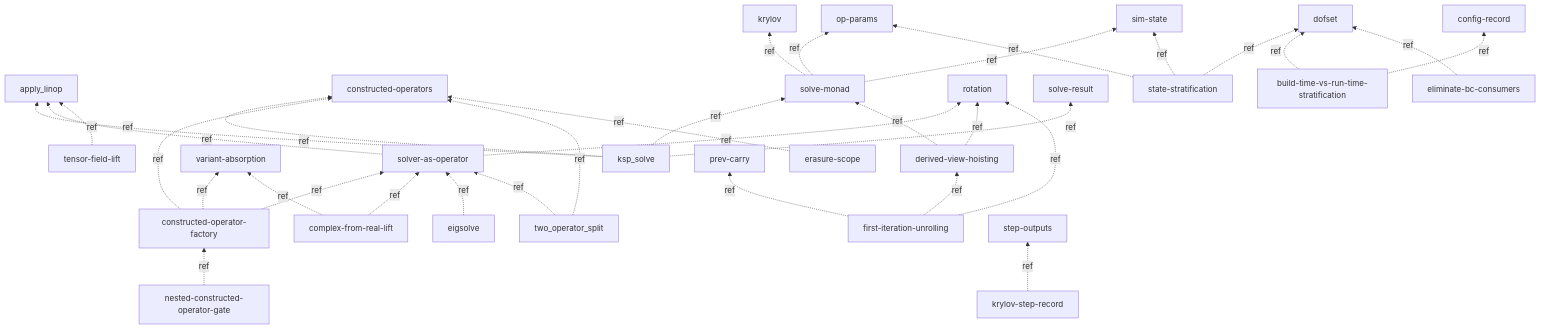
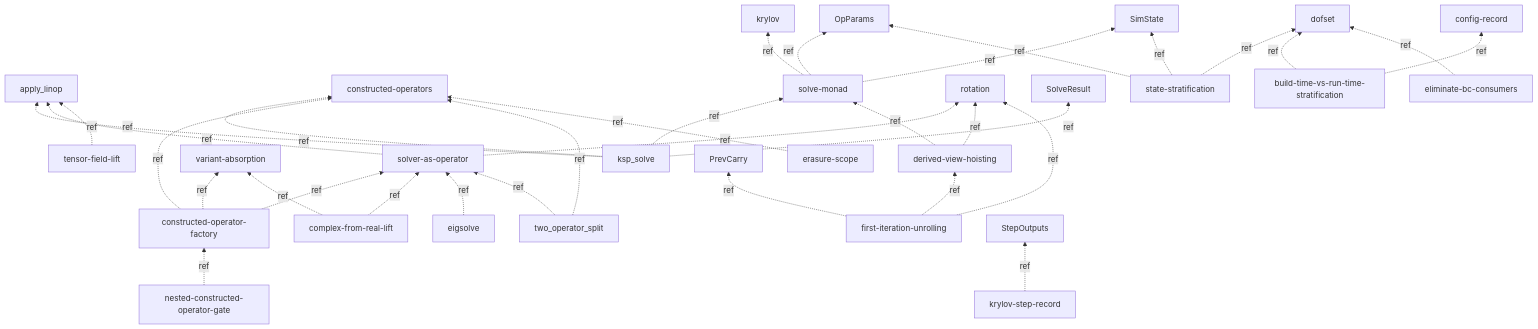
The third of 3 diagrams in book/src/concepts/dependency-map.md (crutcher/palace_whiteroom), drawn with Mermaid before and after one commit. The commit also changed other lines of this file and 211 other files, not shown here.

````diff
--- a/book/src/concepts/dependency-map.md
+++ b/book/src/concepts/dependency-map.md
@@ -149,35 +149,35 @@
 ```mermaid
 graph BT
   ksp_solve -.->|ref| apply_linop
   ksp_solve -.->|ref| constructed-operators
   ksp_solve -.->|ref| solve-monad
   solver-as-operator -.->|ref| apply_linop
   solver-as-operator -.->|ref| rotation
   constructed-operator-factory -.->|ref| constructed-operators
   constructed-operator-factory -.->|ref| variant-absorption
   constructed-operator-factory -.->|ref| solver-as-operator
   nested-constructed-operator-gate -.->|ref| constructed-operator-factory
   complex-from-real-lift -.->|ref| solver-as-operator
   complex-from-real-lift -.->|ref| variant-absorption
   eigsolve -.->|ref| solver-as-operator
   two_operator_split -.->|ref| constructed-operators
   two_operator_split -.->|ref| solver-as-operator
   erasure-scope -.->|ref| constructed-operators
   derived-view-hoisting -.->|ref| rotation
   derived-view-hoisting -.->|ref| solve-monad
   first-iteration-unrolling -.->|ref| rotation
   first-iteration-unrolling -.->|ref| derived-view-hoisting
   tensor-field-lift -.->|ref| apply_linop
   solve-monad -.->|ref| krylov
-  solve-monad -.->|ref| op-params
-  solve-monad -.->|ref| sim-state
-  ksp_solve -.->|ref| solve-result
-  state-stratification -.->|ref| op-params
-  state-stratification -.->|ref| sim-state
+  solve-monad -.->|ref| OpParams
+  solve-monad -.->|ref| SimState
+  ksp_solve -.->|ref| SolveResult
+  state-stratification -.->|ref| OpParams
+  state-stratification -.->|ref| SimState
   state-stratification -.->|ref| dofset
   build-time-vs-run-time-stratification -.->|ref| config-record
   build-time-vs-run-time-stratification -.->|ref| dofset
-  first-iteration-unrolling -.->|ref| prev-carry
-  krylov-step-record -.->|ref| step-outputs
+  first-iteration-unrolling -.->|ref| PrevCarry
+  krylov-step-record -.->|ref| StepOutputs
   eliminate-bc-consumers -.->|ref| dofset
 ```
````
